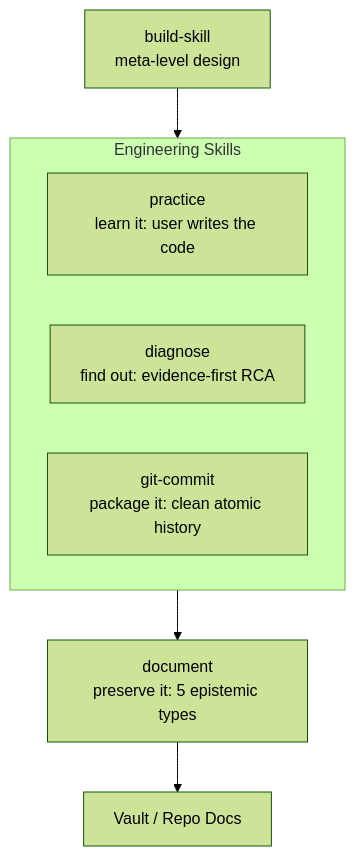
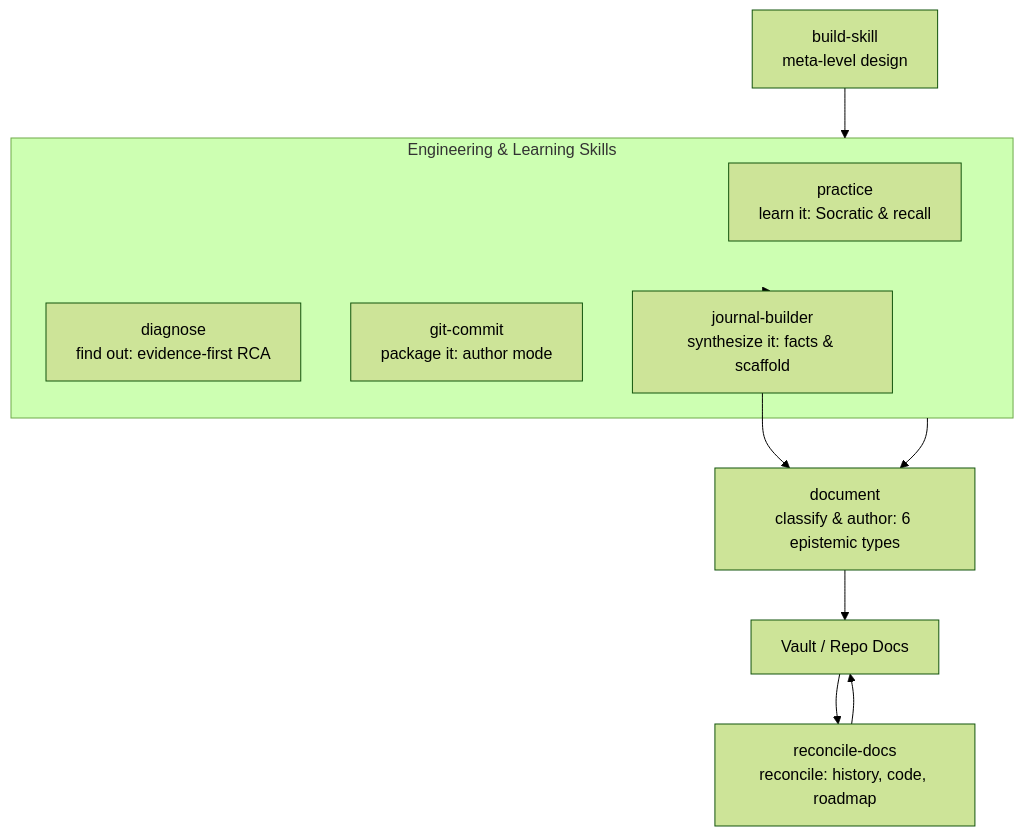
One commit to kiskaadee/skills changed the diagram in README.md. Above: the diagram before and after it, drawn with Mermaid (forest theme). The commit also changed other lines of this file, not shown here.

First line of the commit message:
docs(readme): update system architecture, interaction matrix, and skill inventory

````diff
--- a/README.md
+++ b/README.md
@@ -39,15 +39,21 @@
 ```mermaid
 flowchart TD
     SB["build-skill<br/>meta-level design"]
-    subgraph Core["Engineering Skills"]
-        PRAC["practice<br/>learn it: user writes the code"]
+    subgraph Core["Engineering & Learning Skills"]
+        PRAC["practice<br/>learn it: Socratic & recall"]
         DIAG["diagnose<br/>find out: evidence-first RCA"]
-        GIT["git-commit<br/>package it: clean atomic history"]
+        GIT["git-commit<br/>package it: author mode"]
+        JB["journal-builder<br/>synthesize it: facts & scaffold"]
     end
-    DOC["document<br/>preserve it: 5 epistemic types"]
+    DOC["document<br/>classify & author: 6 epistemic types"]
+    REC["reconcile-docs<br/>reconcile: history, code, roadmap"]
     Storage["Vault / Repo Docs"]
 
     SB --> Core
     Core --> DOC
+    Core --> JB
+    JB --> DOC
     DOC --> Storage
+    Storage --> REC
+    REC --> Storage
 ```
````
